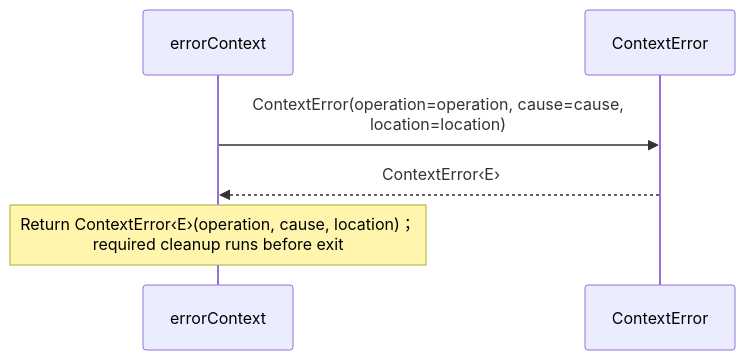
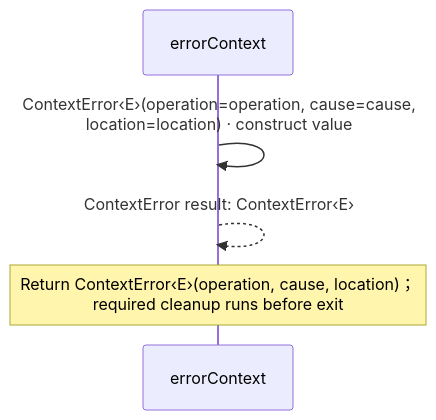
Before and after one commit to GreenPandaStudios/augscript: the diagram in src/stdlib/errors/context.aug.diagrams.md, drawn with Mermaid. The commit also changed other lines of this file and 304 other files, not shown here.

Commit message:
Make generated data-flow sequences concise and review every diagram

````diff
--- a/src/stdlib/errors/context.aug.diagrams.md
+++ b/src/stdlib/errors/context.aug.diagrams.md
@@ -38,8 +26,8 @@
 ```mermaid
 sequenceDiagram
     participant p0 as errorContext
-    participant p1 as ContextError
-    p0->>p1: ContextError(operation=operation, cause=cause,<br/>location=location)
-    p1-->>p0: ContextError‹E›
+
+    p0->>p0: ContextError‹E›(operation=operation, cause=cause,<br/>location=location) · construct value
+    p0-->>p0: ContextError result: ContextError‹E›
     Note over p0: Return ContextError‹E›(operation, cause, location)；<br/>required cleanup runs before exit
 ```
````
